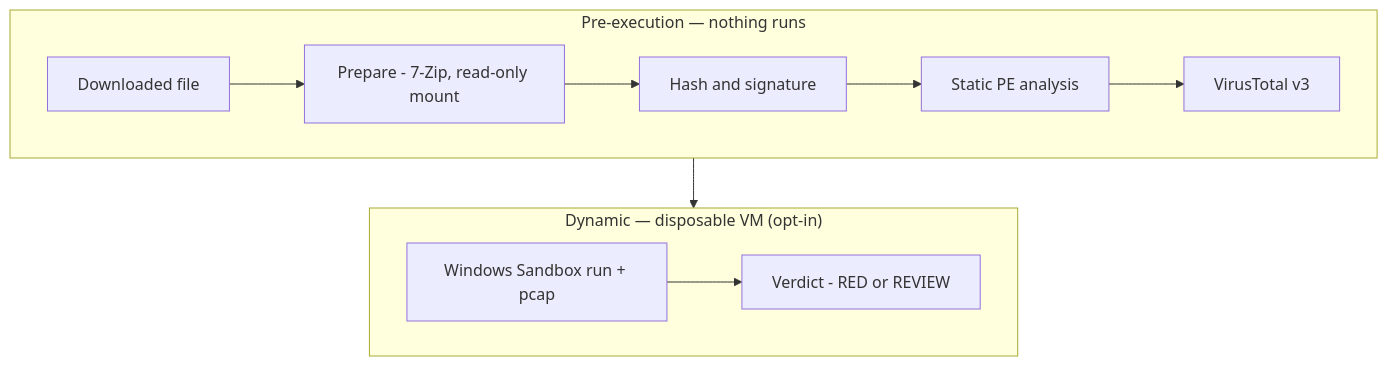
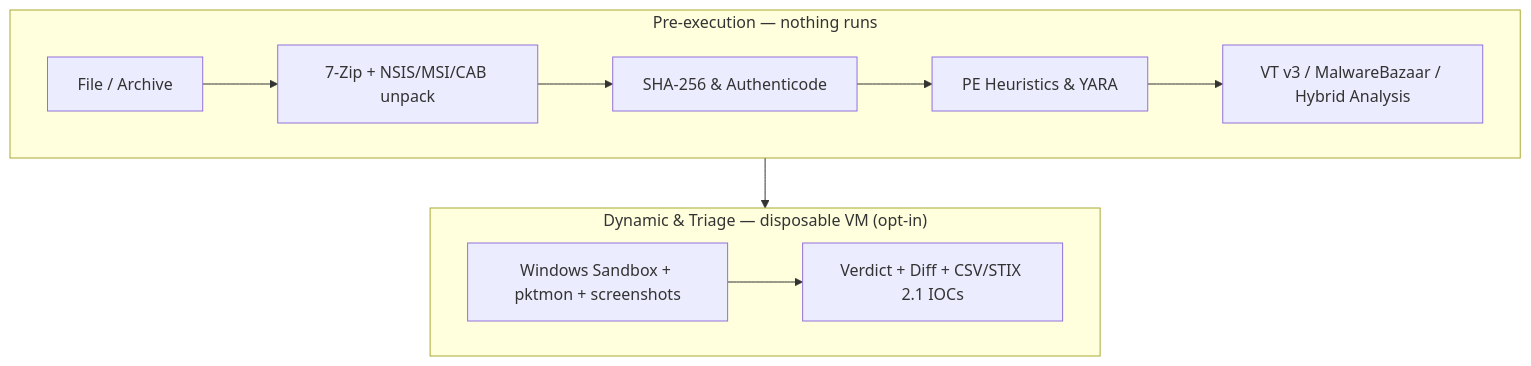
One commit to erkinavcii/erkinavcii changed the second of 4 diagrams in README.md. Above: the diagram before and after it, drawn with Mermaid. The commit also changed other lines of this file, not shown here.

Commit message:
docs: streamline stack, add screenshots, sync SafeBox/CoWatch/HybridP2P/Dongu and top contact badges

````diff
--- a/README.md
+++ b/README.md
@@ -148,15 +116,15 @@
 ```mermaid
 flowchart TB
     subgraph S1 ["Pre-execution — nothing runs"]
         direction LR
-        A[Downloaded file] --> B[Prepare - 7-Zip, read-only mount]
-        B --> C[Hash and signature]
-        C --> D[Static PE analysis]
-        D --> E[VirusTotal v3]
+        A[File / Archive] --> B[7-Zip + NSIS/MSI/CAB unpack]
+        B --> C[SHA-256 & Authenticode]
+        C --> D[PE Heuristics & YARA]
+        D --> E[VT v3 / MalwareBazaar / Hybrid Analysis]
     end
-    subgraph S2 ["Dynamic — disposable VM (opt-in)"]
+    subgraph S2 ["Dynamic & Triage — disposable VM (opt-in)"]
         direction LR
-        F[Windows Sandbox run + pcap] --> G[Verdict - RED or REVIEW]
+        F[Windows Sandbox + pktmon + screenshots] --> G[Verdict + Diff + CSV/STIX 2.1 IOCs]
     end
     E --> F
 ```
````
